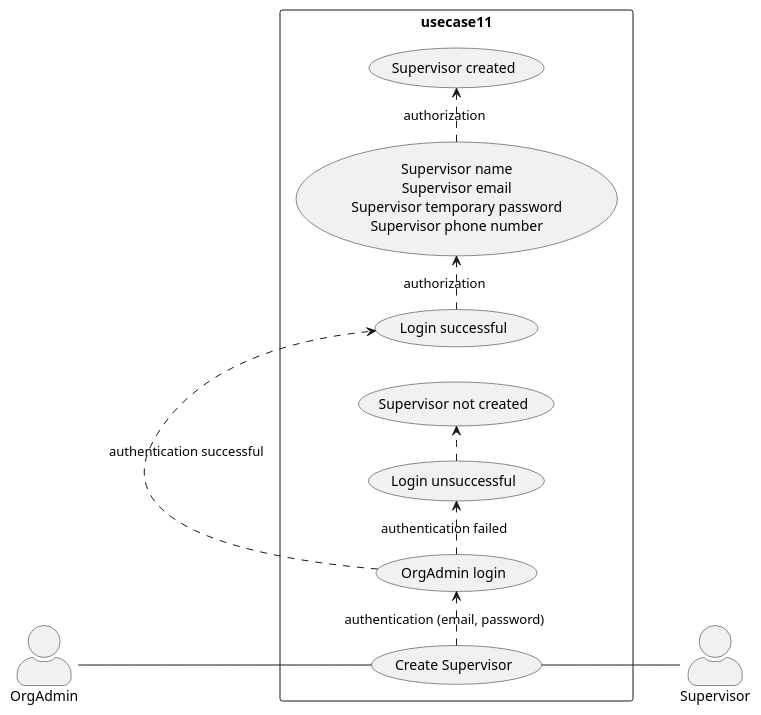
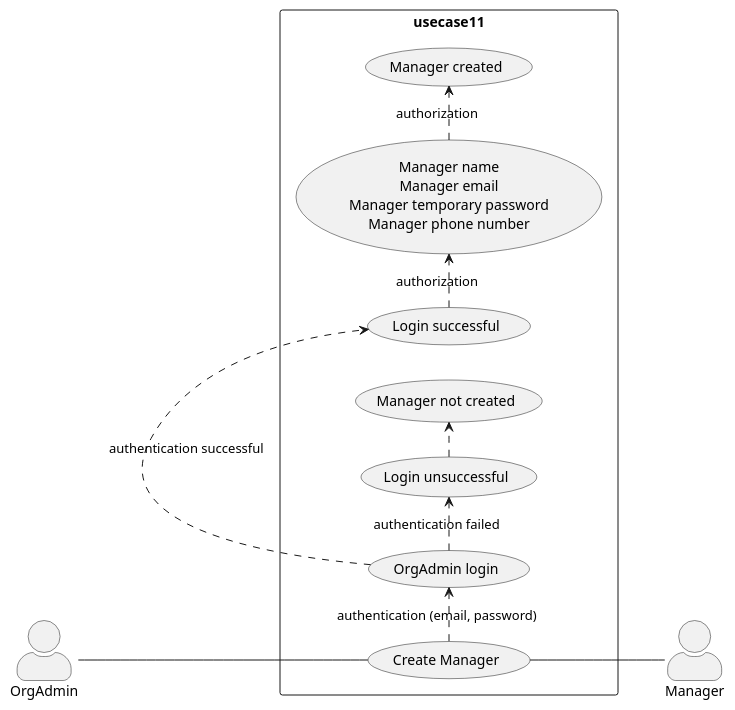
Before and after one commit to wawerualbert/CodeHub: the diagram in 11_org_admin_usecase11.wsd, drawn with PlantUML. The commit also changed 6 other files, not shown here.

Commit message:
switch supervisor and manager

```diff
--- a/11_org_admin_usecase11.wsd
+++ b/11_org_admin_usecase11.wsd
@@ -1,21 +1,21 @@
-@startuml OrgAdmin Create Supervisor
+@startuml OrgAdmin Create Manager
 
 skinparam actorStyle awesome
 left to right direction
 skinparam packageStyle rectangle
 
 actor OrgAdmin
-actor Supervisor
+actor Manager
 
 rectangle usecase11{
-  OrgAdmin-- (Create Supervisor)
-  (Create Supervisor) .> (OrgAdmin login) : authentication (email, password)
+  OrgAdmin-- (Create Manager)
+  (Create Manager) .> (OrgAdmin login) : authentication (email, password)
   (OrgAdmin login) .> (Login successful) : authentication successful
-  (Login successful) .> (Supervisor name\nSupervisor email\nSupervisor temporary password\nSupervisor phone number) : authorization
-  (Supervisor name\nSupervisor email\nSupervisor temporary password\nSupervisor phone number) .> (Supervisor created) : authorization 
+  (Login successful) .> (Manager name\nManager email\nManager temporary password\nManager phone number) : authorization
+  (Manager name\nManager email\nManager temporary password\nManager phone number) .> (Manager created) : authorization 
   (OrgAdmin login) .> (Login unsuccessful) : authentication failed
-  (Login unsuccessful) .> (Supervisor not created)  
-  (Create Supervisor)-- Supervisor
+  (Login unsuccessful) .> (Manager not created)  
+  (Create Manager)-- Manager
 }
 
 @enduml
```
